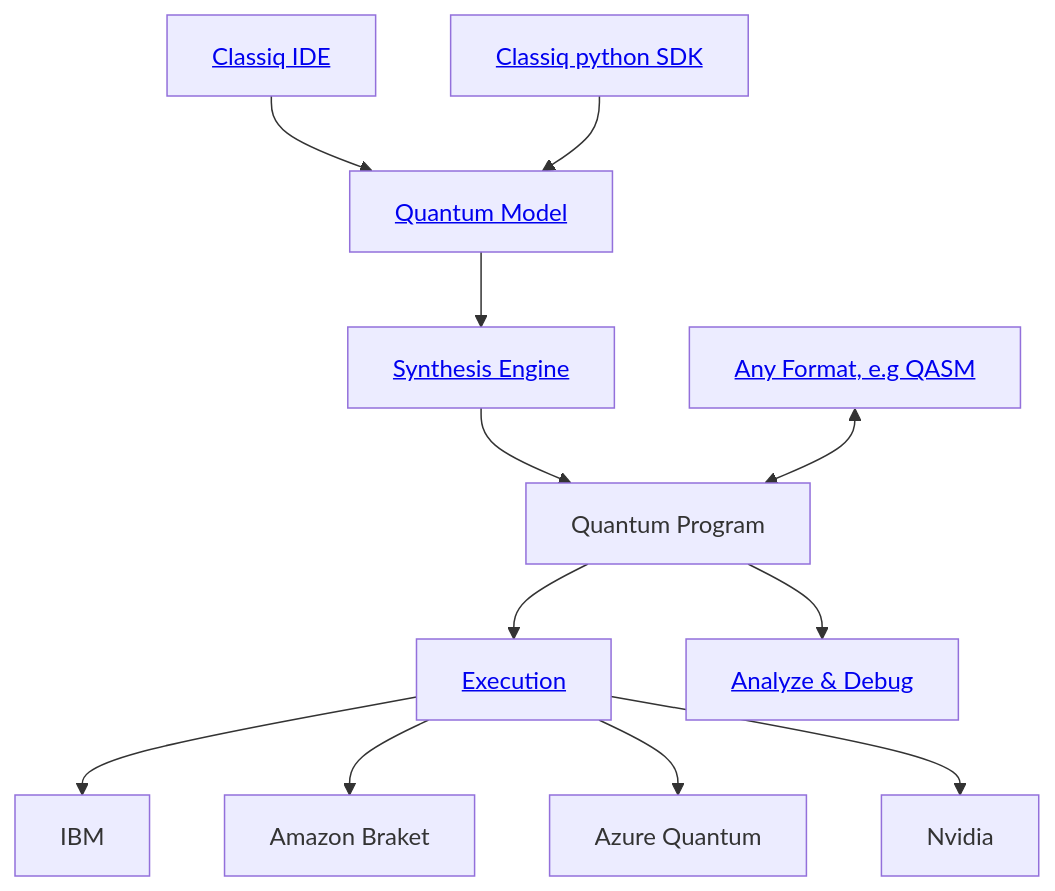
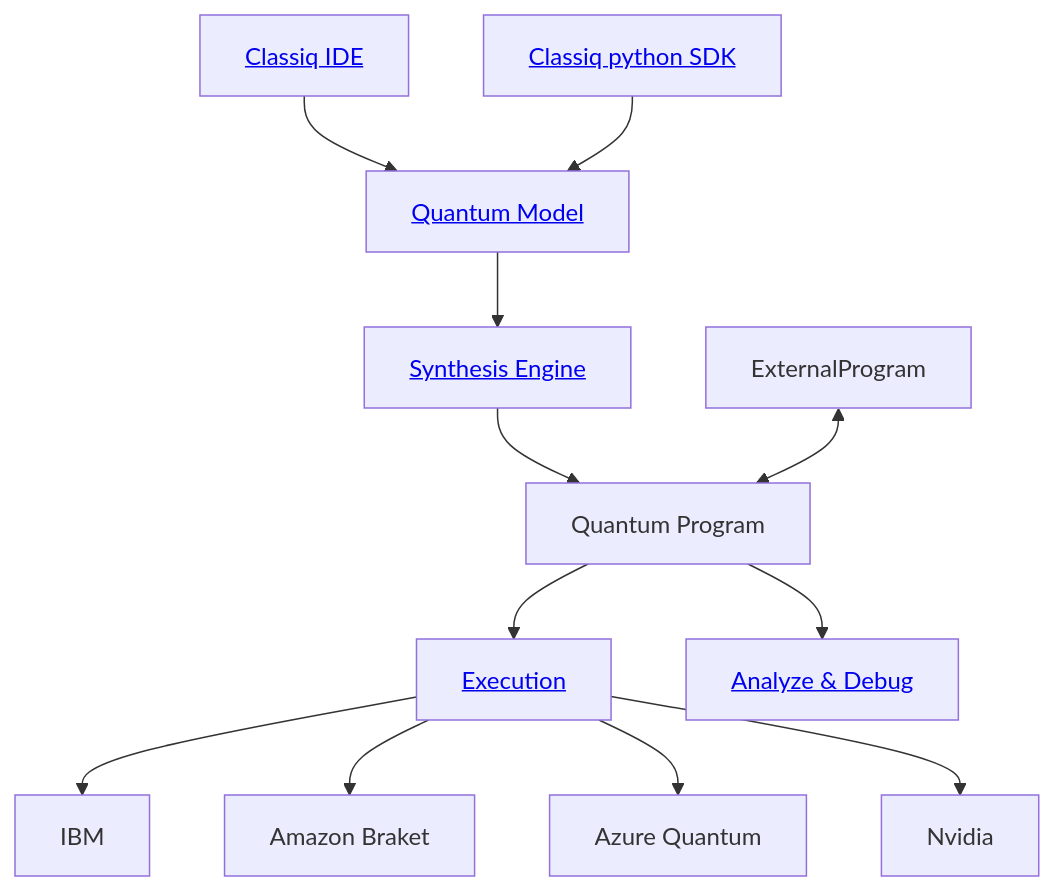
The diagram in README.md (Classiq/classiq-library), drawn with Mermaid before and after one commit. The commit also changed other lines of this file and 276 other files, not shown here.

````diff
--- a/README.md
+++ b/README.md
@@ -9,40 +167,34 @@
 ```mermaid
 flowchart
     IDEInput[<a href='https://platform.classiq.io/'>Classiq IDE</a>]
 
     SDKInput[<a href='https://docs.classiq.io/latest/getting-started/python-sdk/'>Classiq python SDK</a>]
 
     Model[<a href='https://docs.classiq.io/latest/user-guide/platform/qmod/'>Quantum Model</a>]
 
     Synthesis[<a href='https://docs.classiq.io/latest/user-guide/platform/synthesis/'>Synthesis Engine</a>]
 
     QuantumProgram[Quantum Program]
 
     Execution[<a href='https://docs.classiq.io/latest/user-guide/platform/executor/'>Execution</a>]
 
     Analyze[<a href='https://docs.classiq.io/latest/user-guide/platform/analyzer/'>Analyze & Debug</a>]
-
-    ExternalProgram[<a href='https://docs.classiq.io/latest/user-guide/platform/executor/alternative-formats/'>Any Format, e.g QASM</a>]
 
     IBM[IBM]
     Amazon[Amazon Braket]
     Azure[Azure Quantum]
     Nvidia[Nvidia]
 
 
     IDEInput --> Model;
     SDKInput --> Model;
     Model --> Synthesis;
     Synthesis --> QuantumProgram;
     ExternalProgram <--> QuantumProgram;
     QuantumProgram --> Analyze;
     QuantumProgram --> Execution;
     Execution --> IBM
     Execution --> Amazon
     Execution --> Azure
     Execution --> Nvidia
-
-
-
-
 ```
````
